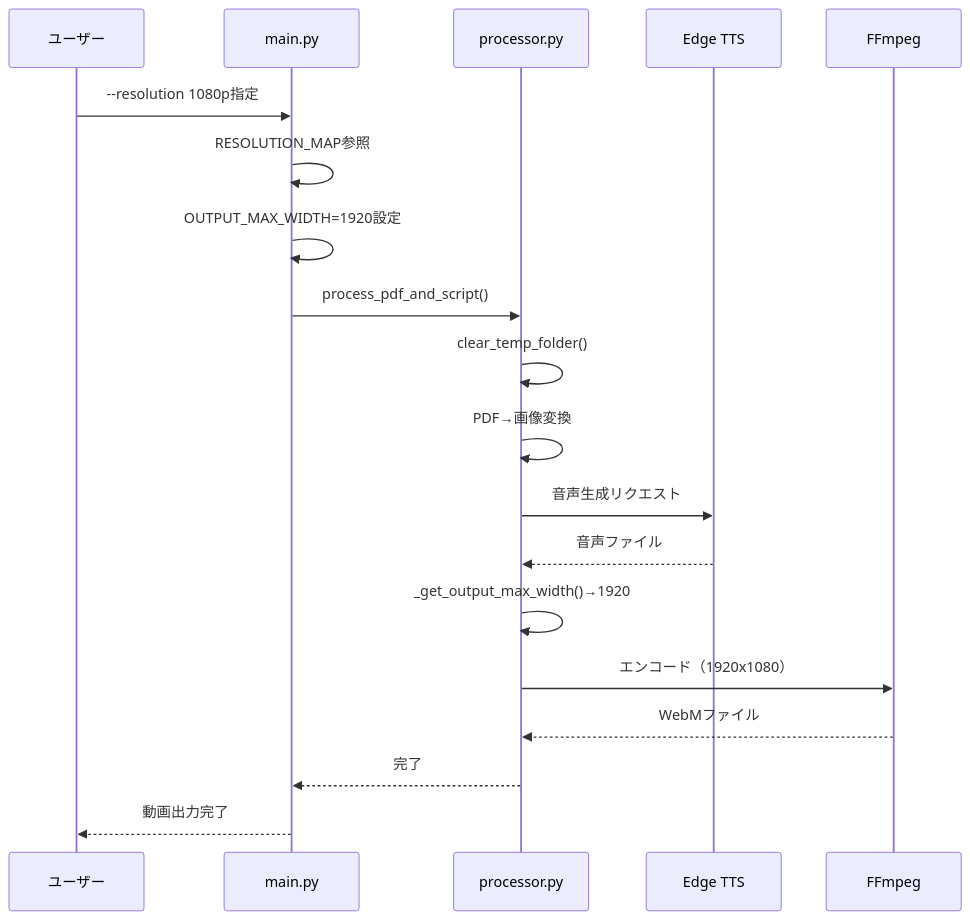
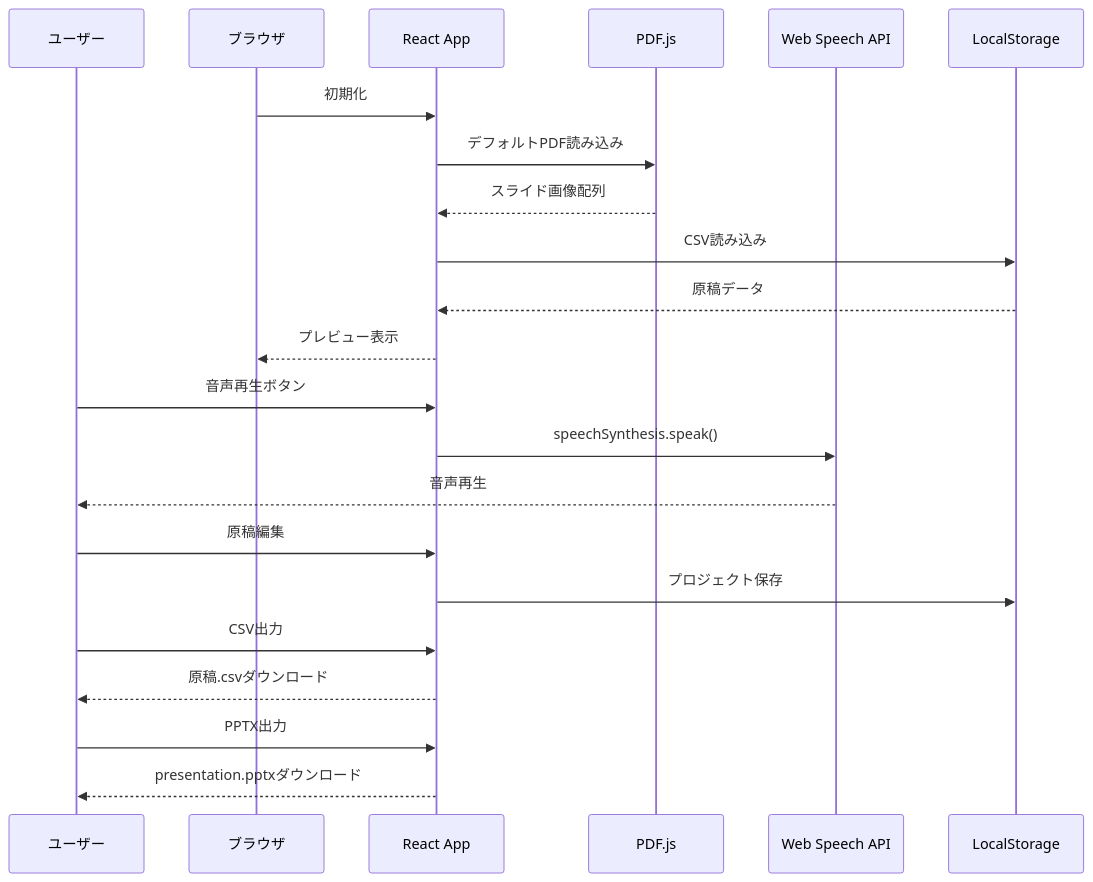
One commit to J1921604/Slide-Voice-Maker_standalone changed the second of 4 diagrams in docs/完全仕様書.md. Above: the diagram before and after it, drawn with Mermaid. The commit also changed other lines of this file and 29 other files, not shown here.

````diff
--- a/docs/完全仕様書.md
+++ b/docs/完全仕様書.md
@@ -215,22 +115,29 @@
 ```mermaid
 sequenceDiagram
     participant User as ユーザー
-    participant Main as main.py
-    participant Proc as processor.py
-    participant TTS as Edge TTS
-    participant FFmpeg as FFmpeg
+    participant Browser as ブラウザ
+    participant React as React App
+    participant PDFjs as PDF.js
+    participant Speech as Web Speech API
+    participant Storage as LocalStorage
 
-    User->>Main: --resolution 1080p指定
-    Main->>Main: RESOLUTION_MAP参照
-    Main->>Main: OUTPUT_MAX_WIDTH=1920設定
-    Main->>Proc: process_pdf_and_script()
-    Proc->>Proc: clear_temp_folder()
-    Proc->>Proc: PDF→画像変換
-    Proc->>TTS: 音声生成リクエスト
-    TTS-->>Proc: 音声ファイル
-    Proc->>Proc: _get_output_max_width()→1920
-    Proc->>FFmpeg: エンコード（1920x1080）
-    FFmpeg-->>Proc: WebMファイル
-    Proc-->>Main: 完了
-    Main-->>User: 動画出力完了
+    Browser->>React: 初期化
+    React->>PDFjs: デフォルトPDF読み込み
+    PDFjs-->>React: スライド画像配列
+    React->>Storage: CSV読み込み
+    Storage-->>React: 原稿データ
+    React-->>Browser: プレビュー表示
+    
+    User->>React: 音声再生ボタン
+    React->>Speech: speechSynthesis.speak()
+    Speech-->>User: 音声再生
+    
+    User->>React: 原稿編集
+    React->>Storage: プロジェクト保存
+    
+    User->>React: CSV出力
+    React-->>User: 原稿.csvダウンロード
+    
+    User->>React: PPTX出力
+    React-->>User: presentation.pptxダウンロード
 ```
````
